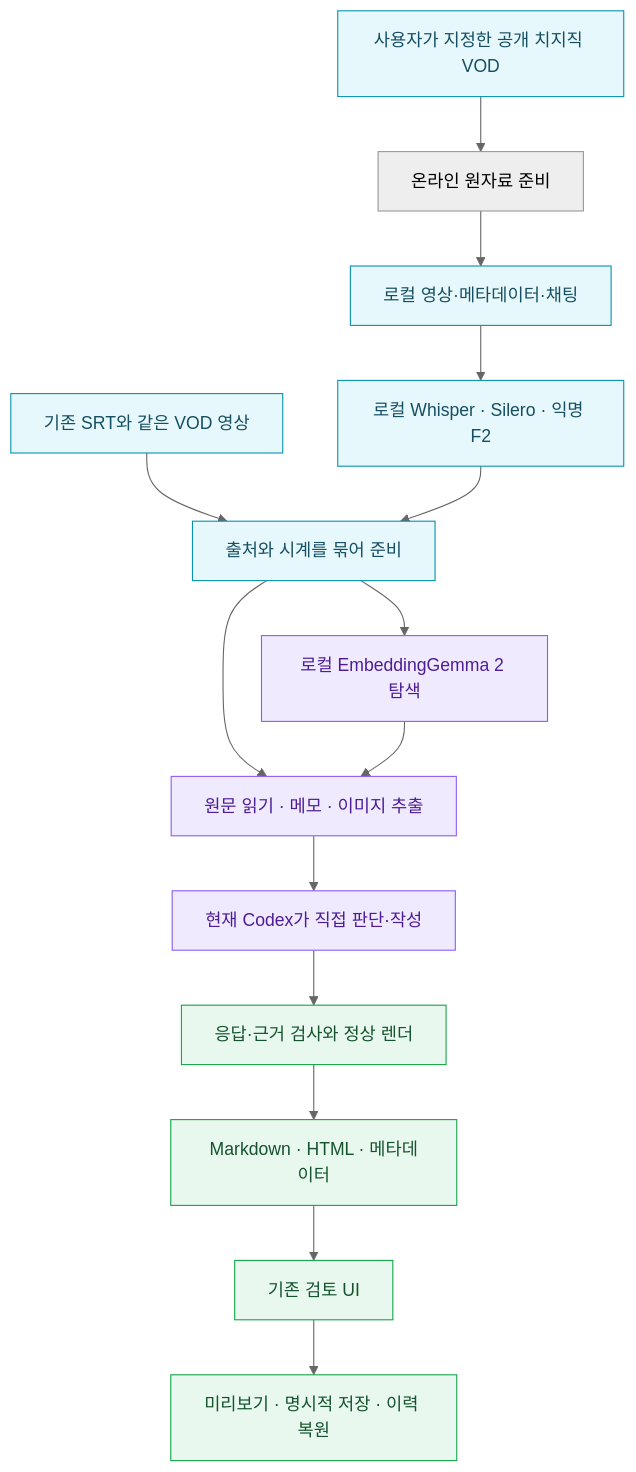
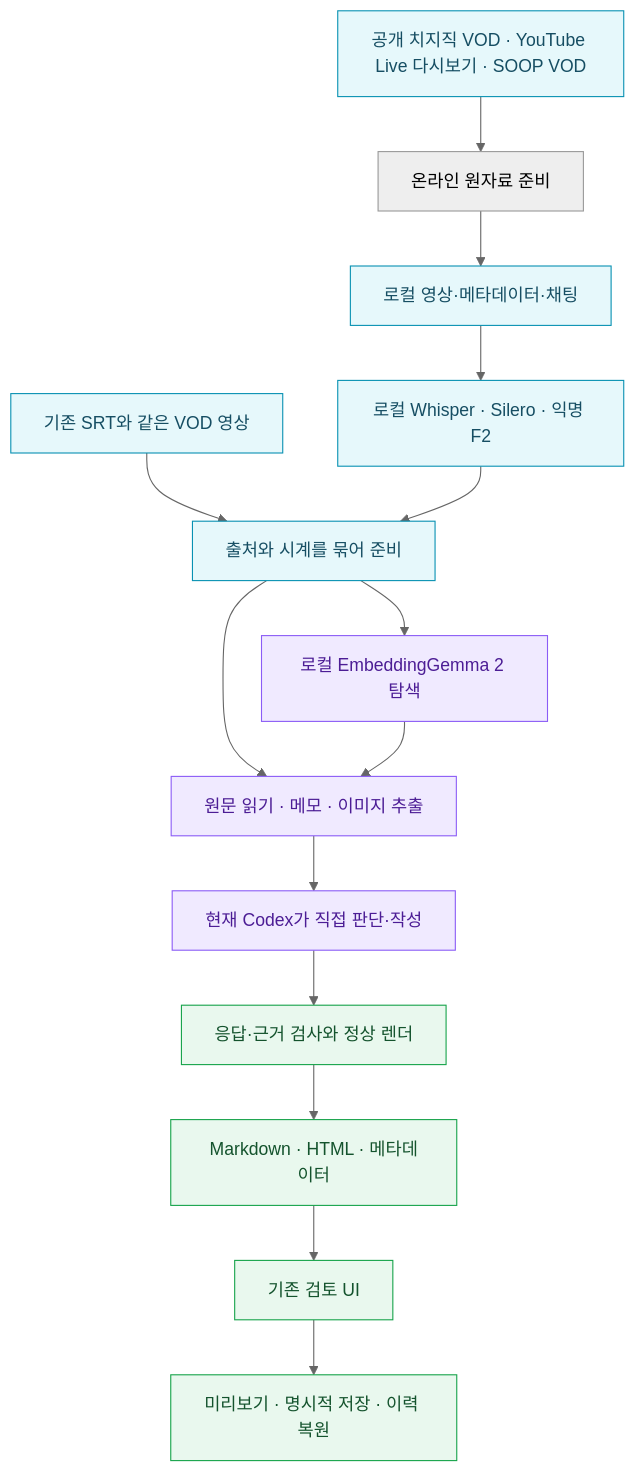
Before and after one commit to ttaem00/CVA-Loki: the diagram in README.md, drawn with Mermaid (neutral theme). The commit also changed other lines of this file and 45 other files, not shown here.

Commit message:
feat: add modular YouTube replay and SOOP VOD sources

````diff
--- a/README.md
+++ b/README.md
@@ -177,22 +191,22 @@
 ```mermaid
 flowchart TD
-    URL["사용자가 지정한 공개 치지직 VOD"] --> ACQ["온라인 원자료 준비"]
+    URL["공개 치지직 VOD · YouTube Live 다시보기 · SOOP VOD"] --> ACQ["온라인 원자료 준비"]
     LOCAL["기존 SRT와 같은 VOD 영상"] --> PREP["출처와 시계를 묶어 준비"]
     ACQ --> AV["로컬 영상·메타데이터·채팅"]
     AV --> STT["로컬 Whisper · Silero · 익명 F2"]
     STT --> PREP
     PREP --> READ["원문 읽기 · 메모 · 이미지 추출"]
     PREP --> SEARCH["로컬 EmbeddingGemma 2 탐색"]
     SEARCH --> READ
     READ --> CODEX["현재 Codex가 직접 판단·작성"]
     CODEX --> CHECK["응답·근거 검사와 정상 렌더"]
     CHECK --> REPORT["Markdown · HTML · 메타데이터"]
     REPORT --> UI["기존 검토 UI"]
     UI --> REV["미리보기 · 명시적 저장 · 이력 복원"]
     classDef source fill:#e6f8fb,stroke:#0891b2,color:#164e63
     classDef author fill:#f0eaff,stroke:#8b5cf6,color:#4c1d95
     classDef result fill:#e9f8ee,stroke:#16a34a,color:#14532d
     class URL,LOCAL,AV,STT,PREP source
     class READ,SEARCH,CODEX author
     class CHECK,REPORT,UI,REV result
 ```
````
